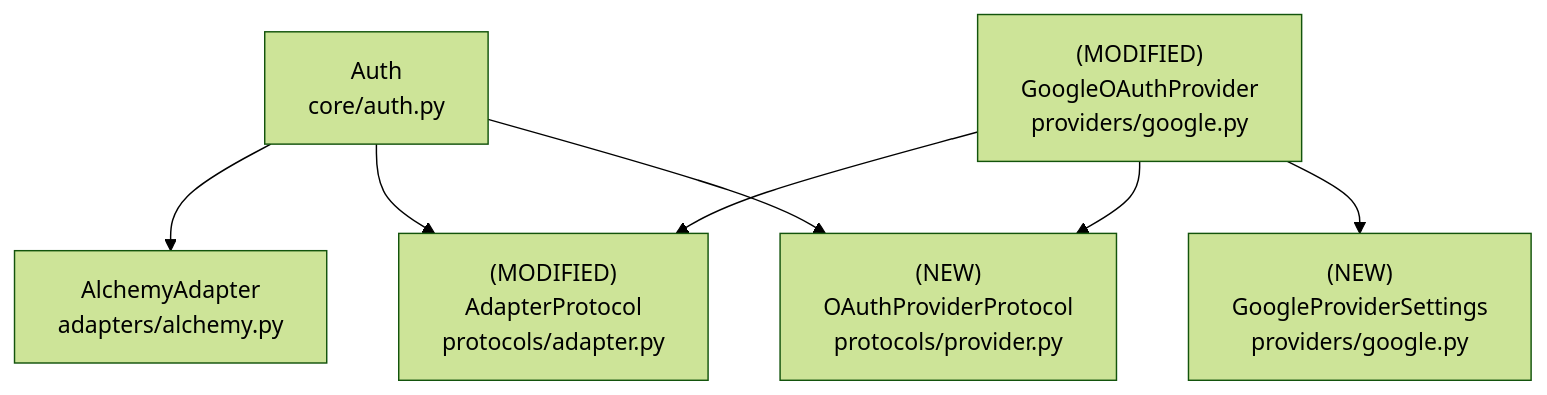
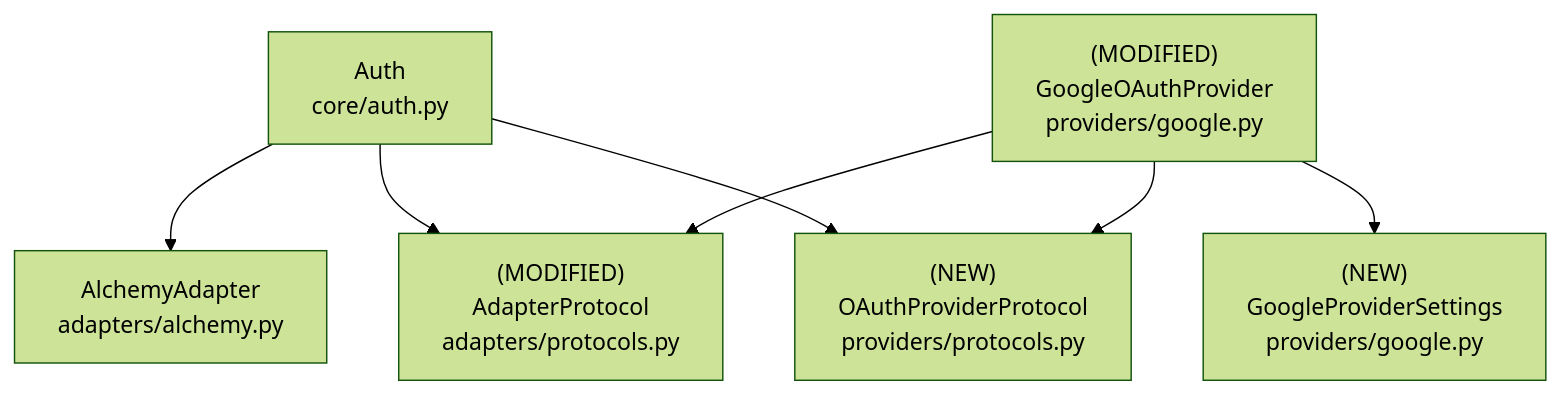
The third of 3 diagrams in design/002-generic-oauth-providers.md (mplemay/belgie), drawn with Mermaid (forest theme) before and after one commit. The commit also changed other lines of this file and 20 other files, not shown here.

````diff
--- a/design/002-generic-oauth-providers.md
+++ b/design/002-generic-oauth-providers.md
@@ -344,16 +344,16 @@
 ```mermaid
 graph TD
     Auth["Auth<br/>core/auth.py"]
-    ProviderProtocol["(NEW)<br/>OAuthProviderProtocol<br/>protocols/provider.py"]
-    AdapterProtocol["(MODIFIED)<br/>AdapterProtocol<br/>protocols/adapter.py"]
+    ProviderProtocol["(NEW)<br/>OAuthProviderProtocol<br/>providers/protocols.py"]
+    AdapterProtocol["(MODIFIED)<br/>AdapterProtocol<br/>adapters/protocols.py"]
     GoogleProvider["(MODIFIED)<br/>GoogleOAuthProvider<br/>providers/google.py"]
     GoogleSettings["(NEW)<br/>GoogleProviderSettings<br/>providers/google.py"]
     Adapter["AlchemyAdapter<br/>adapters/alchemy.py"]
 
     Auth --> ProviderProtocol
     Auth --> AdapterProtocol
     Auth --> Adapter
     GoogleProvider --> ProviderProtocol
     GoogleProvider --> GoogleSettings
     GoogleProvider --> AdapterProtocol
 ```
````
